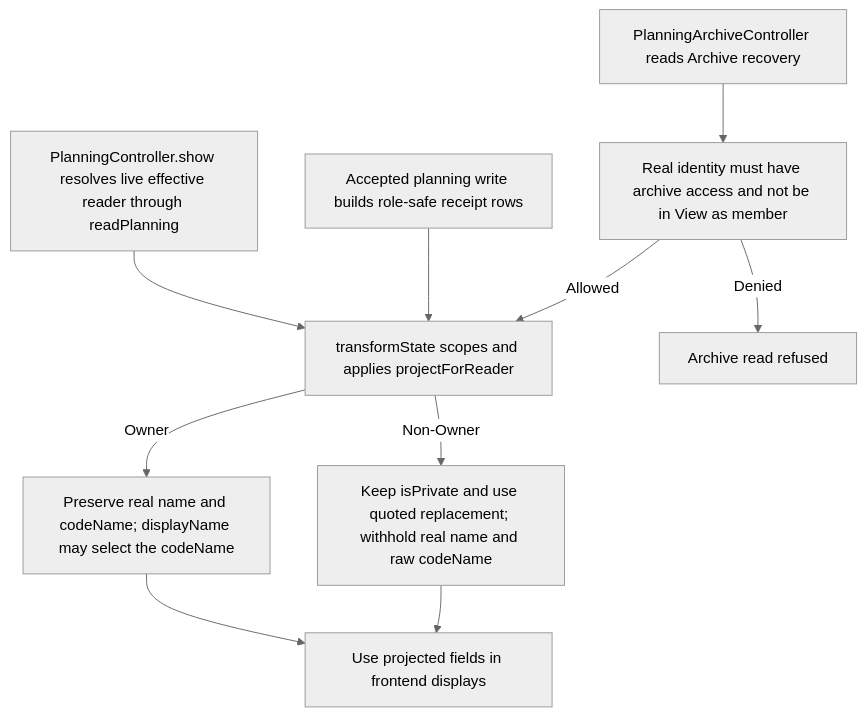
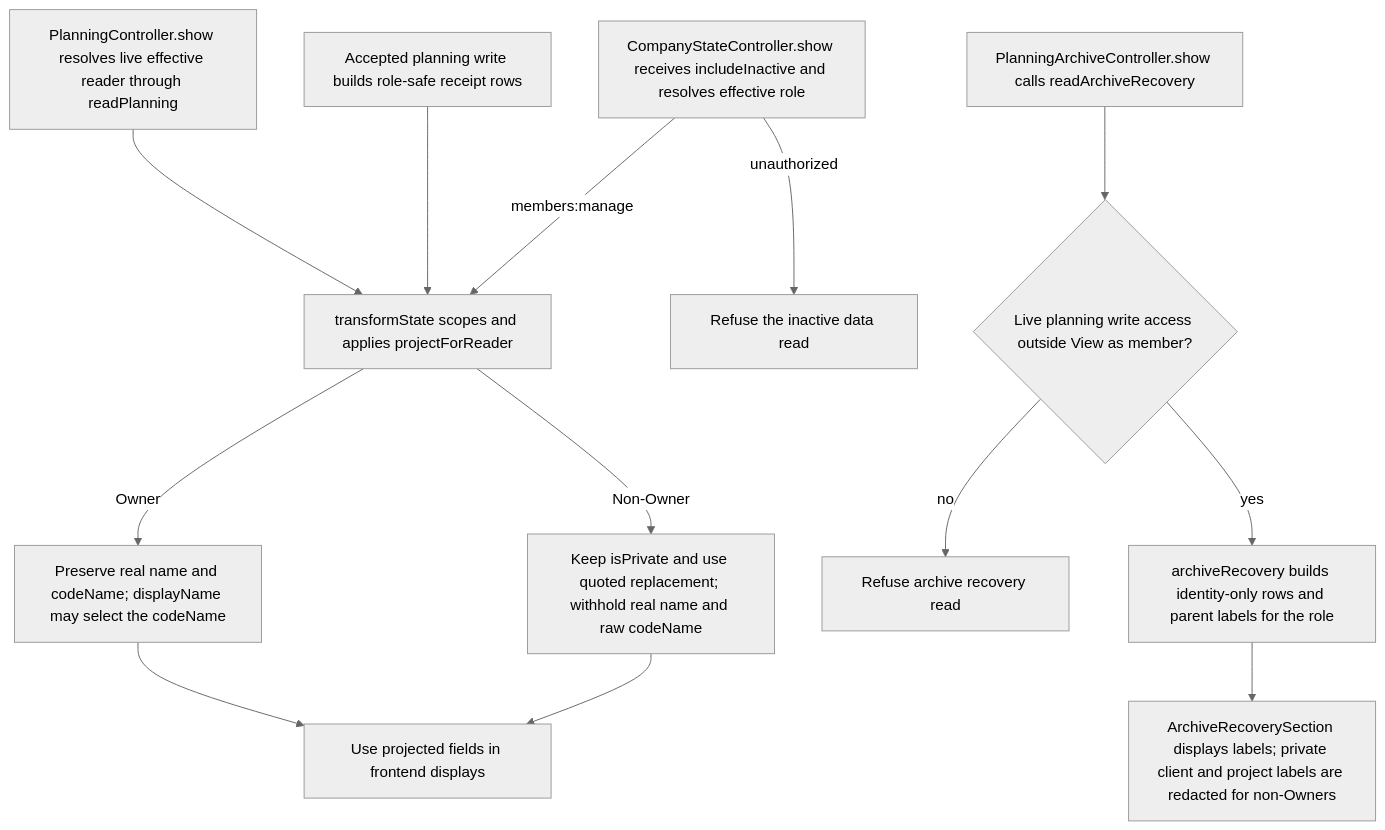
The second of 2 diagrams in user-stories/privacy/US-PRI-01-role-safe-private-name-display.md (Kevinjohn/capacitylens), drawn with Mermaid (neutral theme) before and after one commit. The commit also changed other lines of this file and 2 other files, not shown here.

Commit message:
docs: correct archive and planning flow boundaries

````diff
--- a/user-stories/privacy/US-PRI-01-role-safe-private-name-display.md
+++ b/user-stories/privacy/US-PRI-01-role-safe-private-name-display.md
@@ -34,12 +34,15 @@
 ```mermaid
 flowchart TD
   active["PlanningController.show resolves live effective reader through readPlanning"] --> project["transformState scopes and applies projectForReader"]
   receipt["Accepted planning write builds role-safe receipt rows"] --> project
-  archived["PlanningArchiveController reads Archive recovery"] --> check["Real identity must have archive access and not be in View as member"]
-  check -->|Denied| refused["Archive read refused"]
-  check -->|Allowed| project
+  inactive["CompanyStateController.show receives includeInactive and resolves effective role"] -->|members:manage| project
+  inactive -->|unauthorized| refusedInactive["Refuse the inactive data read"]
   project -->|Owner| owner["Preserve real name and codeName; displayName may select the codeName"]
   project -->|Non-Owner| safe["Keep isPrivate and use quoted replacement; withhold real name and raw codeName"]
   owner --> surface["Use projected fields in frontend displays"]
   safe --> surface
+  archived["PlanningArchiveController.show calls readArchiveRecovery"] --> check{"Live planning write access outside View as member?"}
+  check -->|no| refused["Refuse archive recovery read"]
+  check -->|yes| labels["archiveRecovery builds identity-only rows and parent labels for the role"]
+  labels --> display["ArchiveRecoverySection displays labels; private client and project labels are redacted for non-Owners"]
 ```
````
